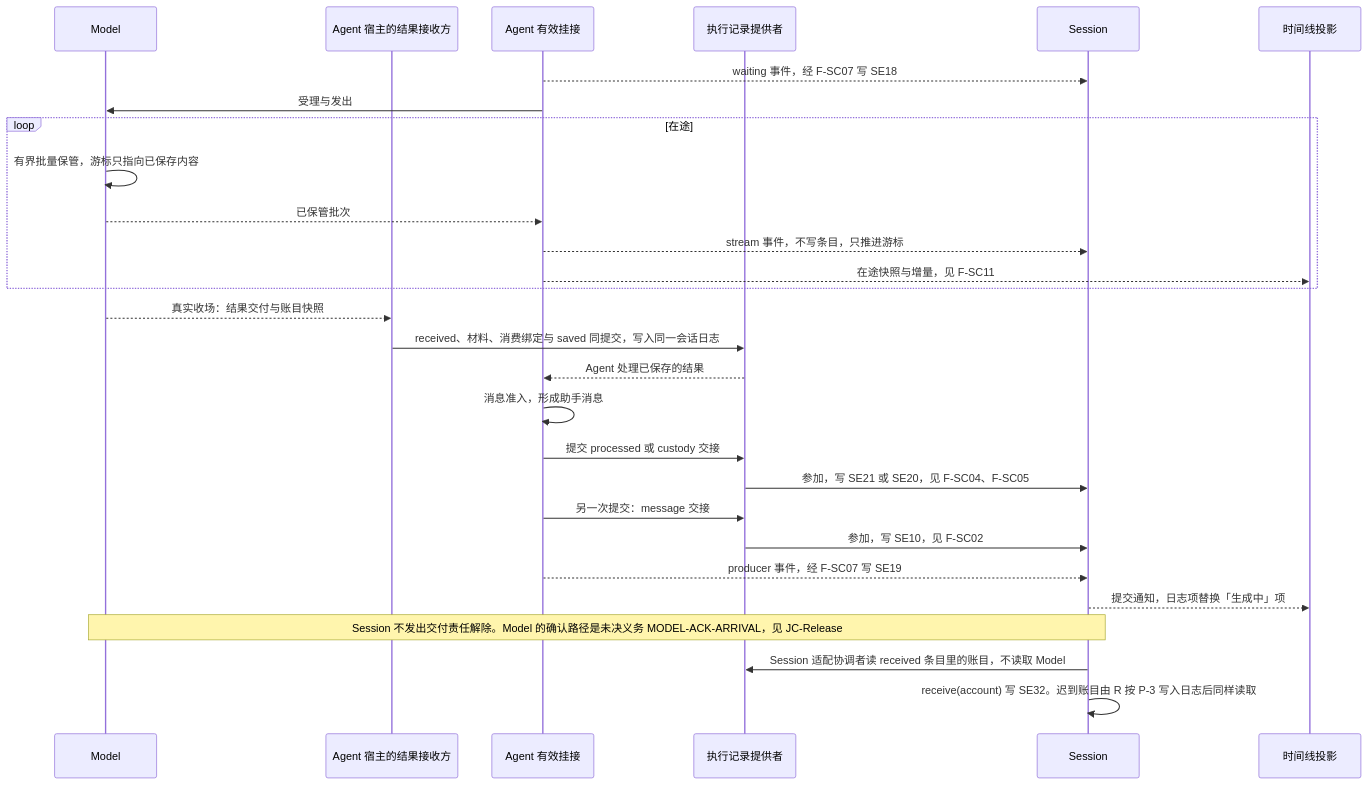
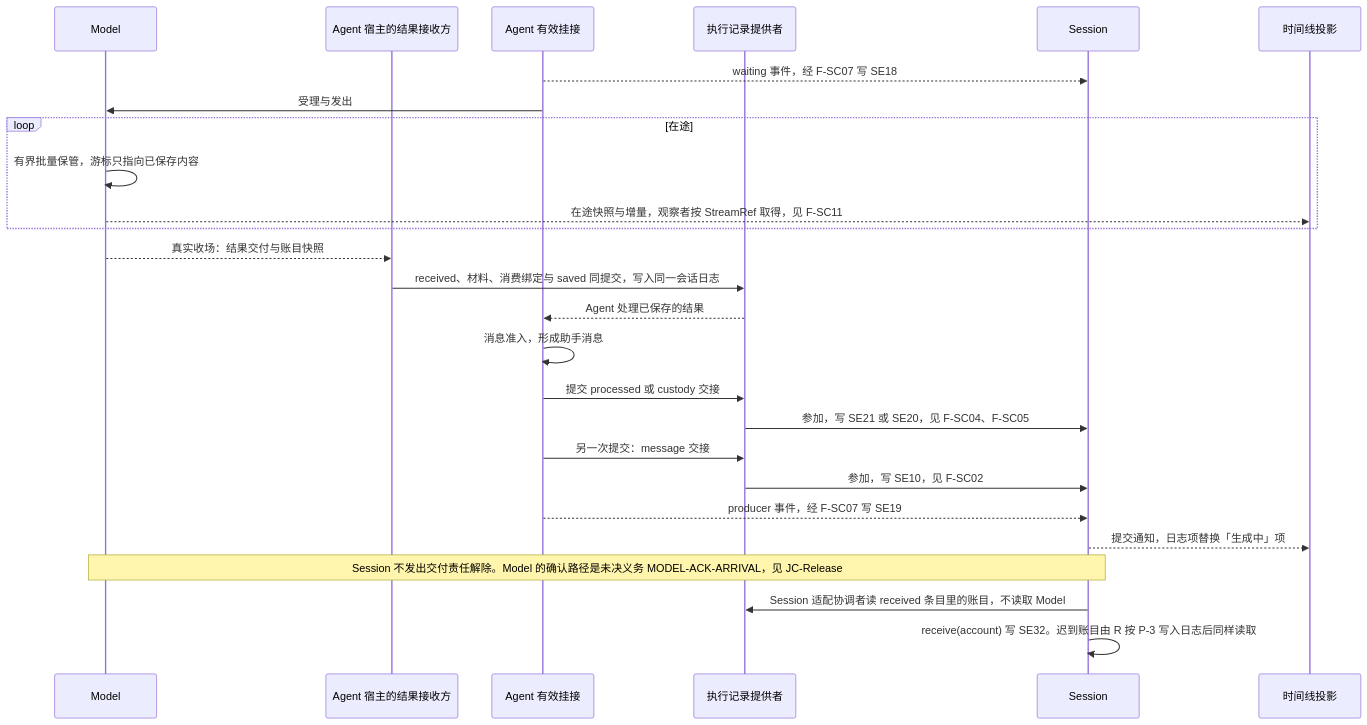
Diagram 11 of 15 in packages/session/session-contract/docs/flows/scenarios.md (nemori-ai/omne-harness-lite), drawn with Mermaid before and after one commit. The commit also changed other lines of this file and 7 other files, not shown here.

````diff
--- a/packages/session/session-contract/docs/flows/scenarios.md
+++ b/packages/session/session-contract/docs/flows/scenarios.md
@@ -578,30 +578,28 @@
 ```mermaid
 sequenceDiagram
     participant M as Model
     participant R as Agent 宿主的结果接收方
     participant A as Agent 有效挂接
     participant J as 执行记录提供者
     participant S as Session
     participant V as 时间线投影
     A-->>S: waiting 事件，经 F-SC07 写 SE18
     A->>M: 受理与发出
     loop 在途
         M->>M: 有界批量保管，游标只指向已保存内容
-        M-->>A: 已保管批次
-        A-->>S: stream 事件，不写条目，只推进游标
-        A-->>V: 在途快照与增量，见 F-SC11
+        M-->>V: 在途快照与增量，观察者按 StreamRef 取得，见 F-SC11
     end
     M-->>R: 真实收场：结果交付与账目快照
     R->>J: received、材料、消费绑定与 saved 同提交，写入同一会话日志
     J-->>A: Agent 处理已保存的结果
     A->>A: 消息准入，形成助手消息
     A->>J: 提交 processed 或 custody 交接
     J->>S: 参加，写 SE21 或 SE20，见 F-SC04、F-SC05
     A->>J: 另一次提交：message 交接
     J->>S: 参加，写 SE10，见 F-SC02
     A-->>S: producer 事件，经 F-SC07 写 SE19
     S-->>V: 提交通知，日志项替换「生成中」项
     Note over M,S: Session 不发出交付责任解除。Model 的确认路径是未决义务 MODEL-ACK-ARRIVAL，见 JC-Release
     S->>J: Session 适配协调者读 received 条目里的账目，不读取 Model
     S->>S: receive(account) 写 SE32。迟到账目由 R 按 P-3 写入日志后同样读取
 ```
````
